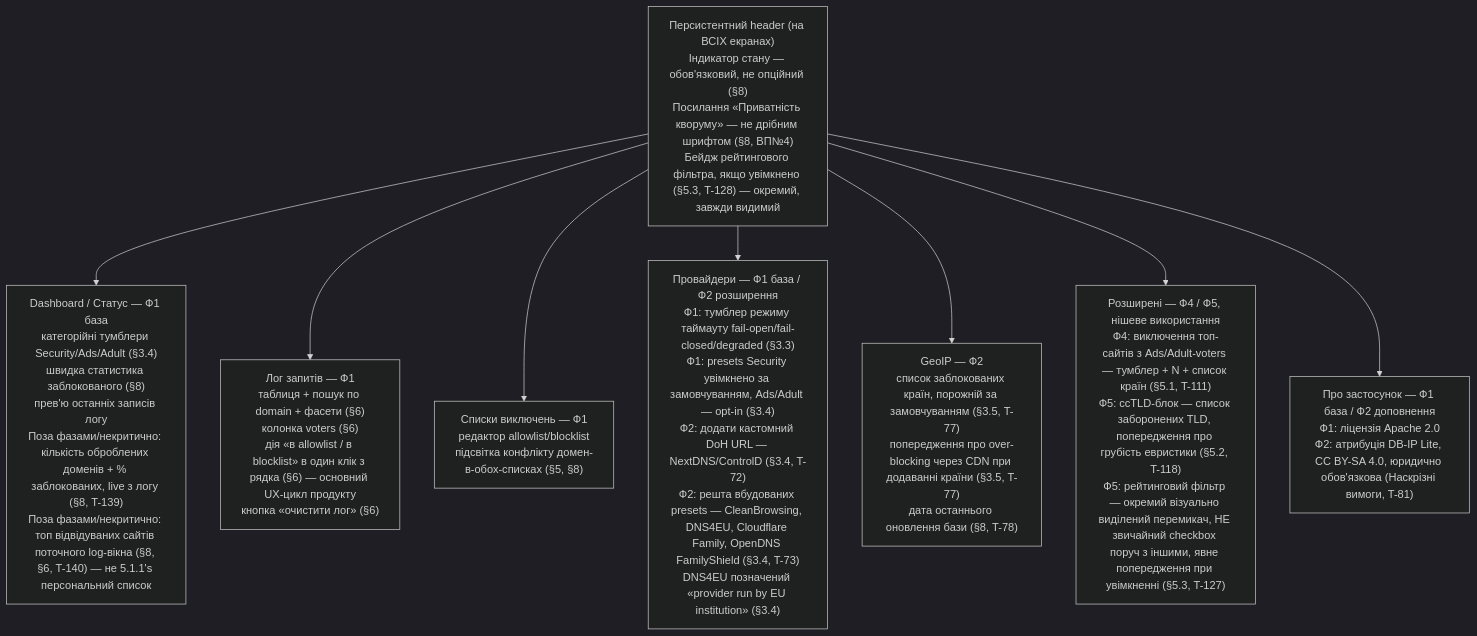
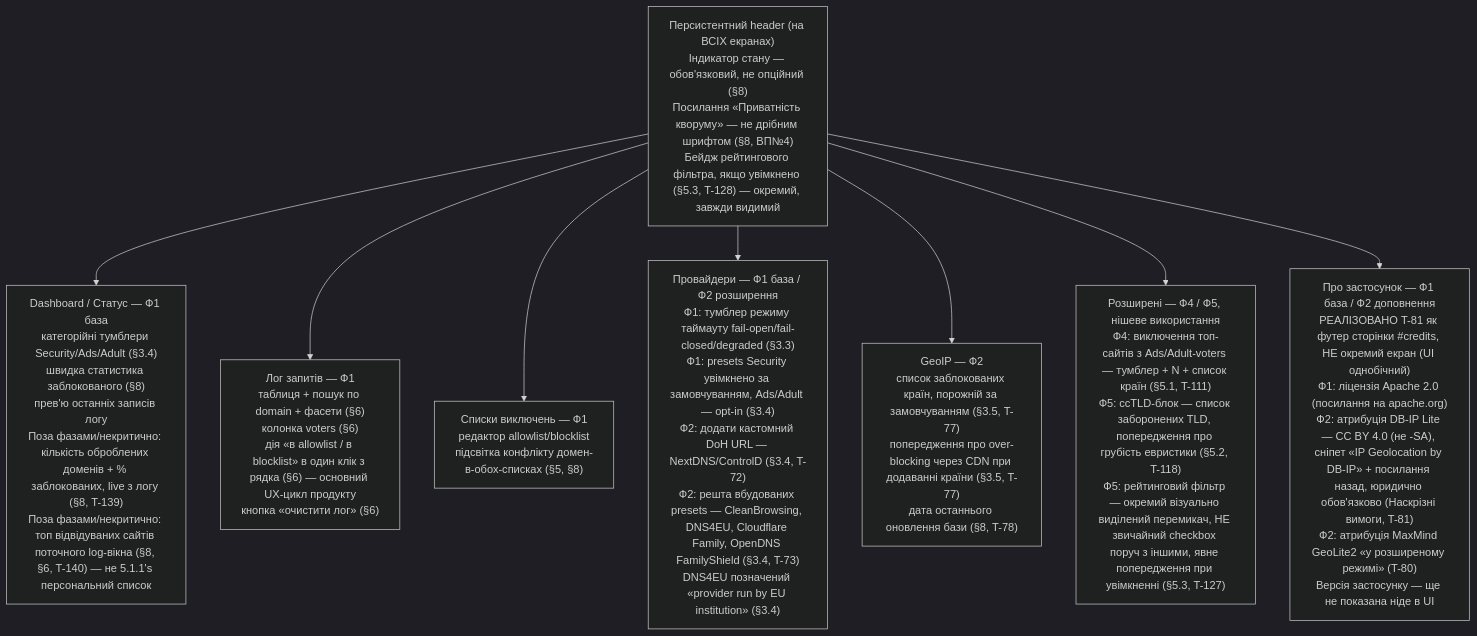
The diagram in diagrams/ui-navigation.md (user137/dns-quorum-filter), drawn with Mermaid (dark theme) before and after one commit. The commit also changed other lines of this file and 9 other files, not shown here.

````diff
--- a/diagrams/ui-navigation.md
+++ b/diagrams/ui-navigation.md
@@ -11,26 +11,26 @@
 ```mermaid
 flowchart TD
     Header["Персистентний header (на ВСІХ екранах)<br/>Індикатор стану — обов'язковий, не опційний (§8)<br/>Посилання «Приватність кворуму» — не дрібним шрифтом (§8, ВП№4)<br/>Бейдж рейтингового фільтра, якщо увімкнено (§5.3, T-128) — окремий, завжди видимий"]
 
     Header --> Dashboard
     Header --> Log
     Header --> Lists
     Header --> Providers
     Header --> GeoIP
     Header --> Advanced
     Header --> About
 
     Dashboard["Dashboard / Статус — Ф1 база<br/>категорійні тумблери Security/Ads/Adult (§3.4)<br/>швидка статистика заблокованого (§8)<br/>прев'ю останніх записів логу<br/>Поза фазами/некритично: кількість оброблених доменів + % заблокованих, live з логу (§8, T-139)<br/>Поза фазами/некритично: топ відвідуваних сайтів поточного log-вікна (§8, §6, T-140) — не 5.1.1's персональний список"]
 
     Log["Лог запитів — Ф1<br/>таблиця + пошук по domain + фасети (§6)<br/>колонка voters (§6)<br/>дія «в allowlist / в blocklist» в один клік з рядка (§6) — основний UX-цикл продукту<br/>кнопка «очистити лог» (§6)"]
 
     Lists["Списки виключень — Ф1<br/>редактор allowlist/blocklist<br/>підсвітка конфлікту домен-в-обох-списках (§5, §8)"]
 
     Providers["Провайдери — Ф1 база / Ф2 розширення<br/>Ф1: тумблер режиму таймауту fail-open/fail-closed/degraded (§3.3)<br/>Ф1: presets Security увімкнено за замовчуванням, Ads/Adult — opt-in (§3.4)<br/>Ф2: додати кастомний DoH URL — NextDNS/ControlD (§3.4, T-72)<br/>Ф2: решта вбудованих presets — CleanBrowsing, DNS4EU, Cloudflare Family, OpenDNS FamilyShield (§3.4, T-73)<br/>DNS4EU позначений «provider run by EU institution» (§3.4)"]
 
     GeoIP["GeoIP — Ф2<br/>список заблокованих країн, порожній за замовчуванням (§3.5, T-77)<br/>попередження про over-blocking через CDN при додаванні країни (§3.5, T-77)<br/>дата останнього оновлення бази (§8, T-78)"]
 
     Advanced["Розширені — Ф4 / Ф5, нішеве використання<br/>Ф4: виключення топ-сайтів з Ads/Adult-voters — тумблер + N + список країн (§5.1, T-111)<br/>Ф5: ccTLD-блок — список заборонених TLD, попередження про грубість евристики (§5.2, T-118)<br/>Ф5: рейтинговий фільтр — окремий візуально виділений перемикач, НЕ звичайний checkbox поруч з іншими, явне попередження при увімкненні (§5.3, T-127)"]
 
-    About["Про застосунок — Ф1 база / Ф2 доповнення<br/>Ф1: ліцензія Apache 2.0<br/>Ф2: атрибуція DB-IP Lite, CC BY-SA 4.0, юридично обов'язкова (Наскрізні вимоги, T-81)"]
+    About["Про застосунок — Ф1 база / Ф2 доповнення<br/>РЕАЛІЗОВАНО T-81 як футер сторінки #credits, НЕ окремий екран (UI однобічний)<br/>Ф1: ліцензія Apache 2.0 (посилання на apache.org)<br/>Ф2: атрибуція DB-IP Lite — CC BY 4.0 (не -SA), сніпет «IP Geolocation by DB-IP» + посилання назад, юридично обов'язково (Наскрізні вимоги, T-81)<br/>Ф2: атрибуція MaxMind GeoLite2 «у розширеному режимі» (T-80)<br/>Версія застосунку — ще не показана ніде в UI"]
 ```
````
